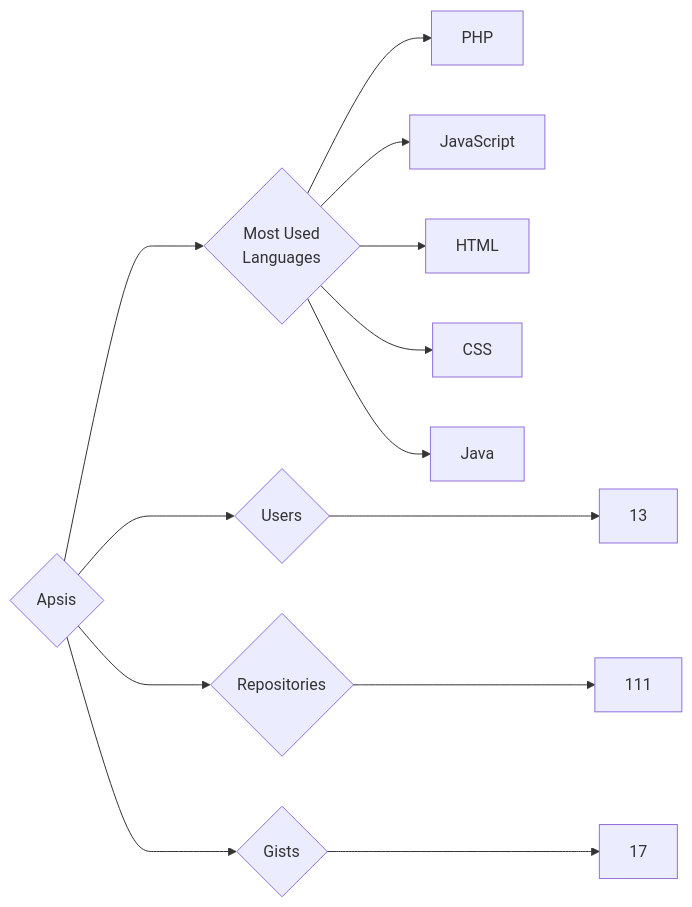
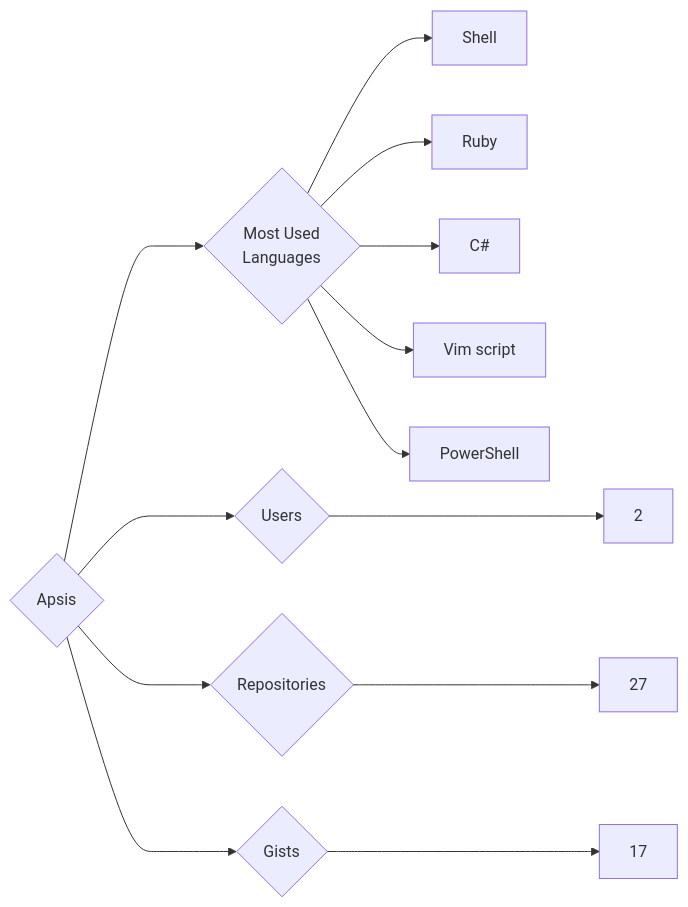
One commit to trickest/insiders changed the diagram in targets/Apsis/README.md. Above: the diagram before and after it, drawn with Mermaid. The commit also changed 932 other files, not shown here.

````diff
--- a/targets/Apsis/README.md
+++ b/targets/Apsis/README.md
@@ -3,13 +3,13 @@
 ```mermaid
 graph LR
 COMPANY_NAME{Apsis}
-COMPANY_NAME ---> U{Users} ---> UN[13]
-COMPANY_NAME ---> R{Repositories} ---> RN[111]
+COMPANY_NAME ---> U{Users} ---> UN[2]
+COMPANY_NAME ---> R{Repositories} ---> RN[27]
 COMPANY_NAME ---> G{Gists} ---> GN[17]
 COMPANY_NAME ---> ML{Most Used<br>Languages}
-ML --> PHP[PHP]
-ML --> JavaScript[JavaScript]
-ML --> HTML[HTML]
-ML --> CSS[CSS]
-ML --> Java[Java]
+ML --> Shell[Shell]
+ML --> Ruby[Ruby]
+ML --> C#[C#]
+ML --> Vim_script[Vim script]
+ML --> PowerShell[PowerShell]
 ```
````
